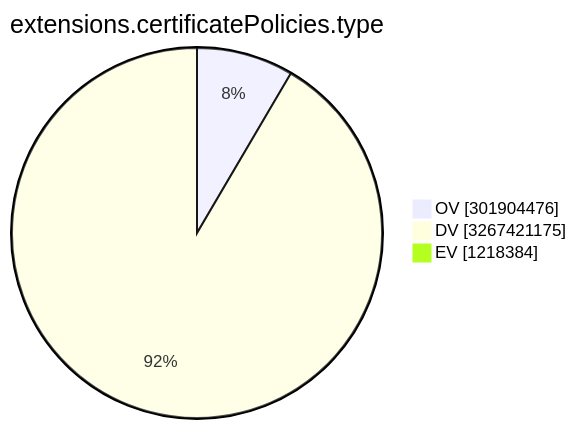
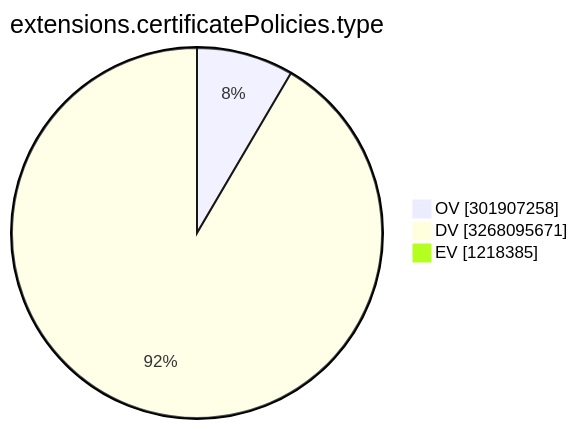
The ninth of 15 diagrams in TOTAL/README.md (christiankrug/ctmonitor_visualization), drawn with Mermaid before and after one commit. The commit also changed other lines of this file, not shown here.

````diff
--- a/TOTAL/README.md
+++ b/TOTAL/README.md
@@ -3107,7 +3107,7 @@
 ```mermaid
 pie showData
 title extensions.certificatePolicies.type
-"OV" :301904476
-"DV" :3267421175
-"EV" :1218384
+"OV" :301907258
+"DV" :3268095671
+"EV" :1218385
 ```
````
